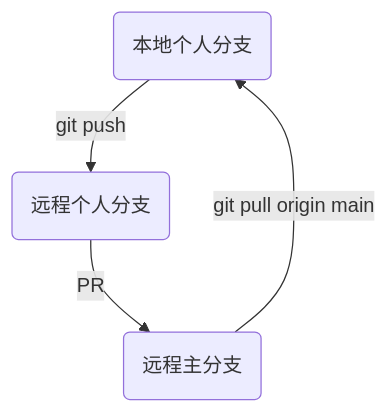
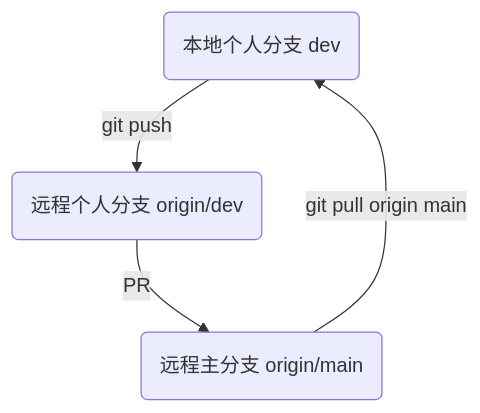
Before and after one commit to OmooLab/omoolab: the third of 3 diagrams in notes/git.md, drawn with Mermaid. The commit also changed other lines of this file, not shown here.

Commit message:
Refactor git.md for improved clarity and organization; remove unnecessary mermaid diagram and enhance flowchart labels

````diff
--- a/notes/git.md
+++ b/notes/git.md
@@ -183,10 +149,10 @@
 ```mermaid
 flowchart TD
-  dev-1(本地个人分支)
-  origin-dev(远程个人分支)
-  origin-main(远程主分支)
+  dev-1(本地个人分支 dev)
+  origin-dev(远程个人分支 origin/dev)
+  origin-main(远程主分支 origin/main)
 	
   dev-1 -- git push --> origin-dev
   origin-dev -- PR --> origin-main
   origin-main -- git pull origin main --> dev-1
 ```
````
